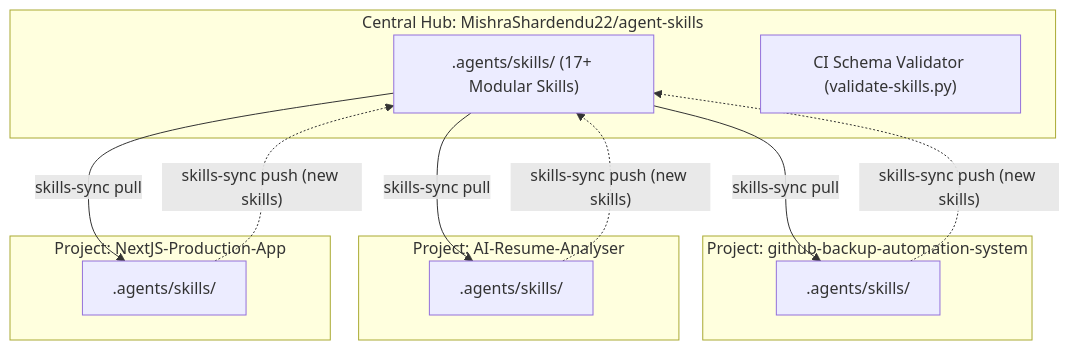
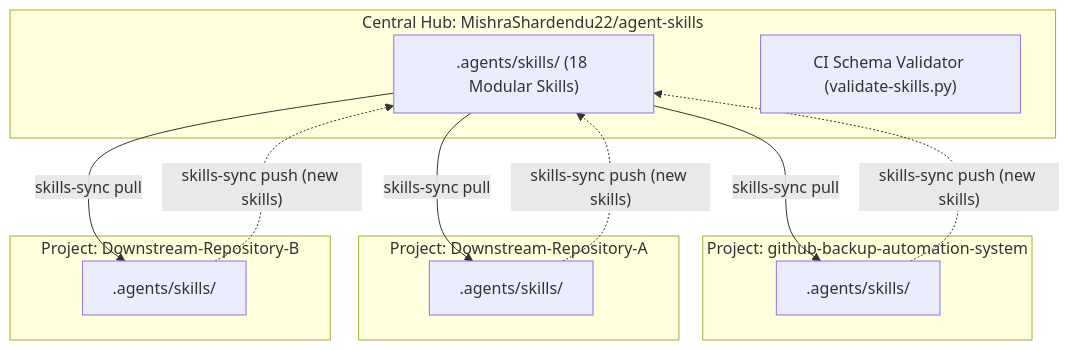
The diagram in README.md (Career-Cafe/agent-skills-hub-sync-engine), drawn with Mermaid before and after one commit. The commit also changed other lines of this file and 9 other files, not shown here.

````diff
--- a/README.md
+++ b/README.md
@@ -56,27 +57,27 @@
 ```mermaid
 flowchart TD
     subgraph Hub["Central Hub: MishraShardendu22/agent-skills"]
-        MasterSkills[".agents/skills/ (17+ Modular Skills)"]
+        MasterSkills[".agents/skills/ (18 Modular Skills)"]
         Validator["CI Schema Validator (validate-skills.py)"]
     end
 
     subgraph Repo1["Project: github-backup-automation-system"]
         P1Skills[".agents/skills/"]
     end
 
-    subgraph Repo2["Project: AI-Resume-Analyser"]
+    subgraph Repo2["Project: Downstream-Repository-A"]
         P2Skills[".agents/skills/"]
     end
 
-    subgraph Repo3["Project: NextJS-Production-App"]
+    subgraph Repo3["Project: Downstream-Repository-B"]
         P3Skills[".agents/skills/"]
     end
 
     MasterSkills -- "skills-sync pull" --> P1Skills
     MasterSkills -- "skills-sync pull" --> P2Skills
     MasterSkills -- "skills-sync pull" --> P3Skills
 
     P1Skills -. "skills-sync push (new skills)" .-> MasterSkills
     P2Skills -. "skills-sync push (new skills)" .-> MasterSkills
     P3Skills -. "skills-sync push (new skills)" .-> MasterSkills
 ```
````
